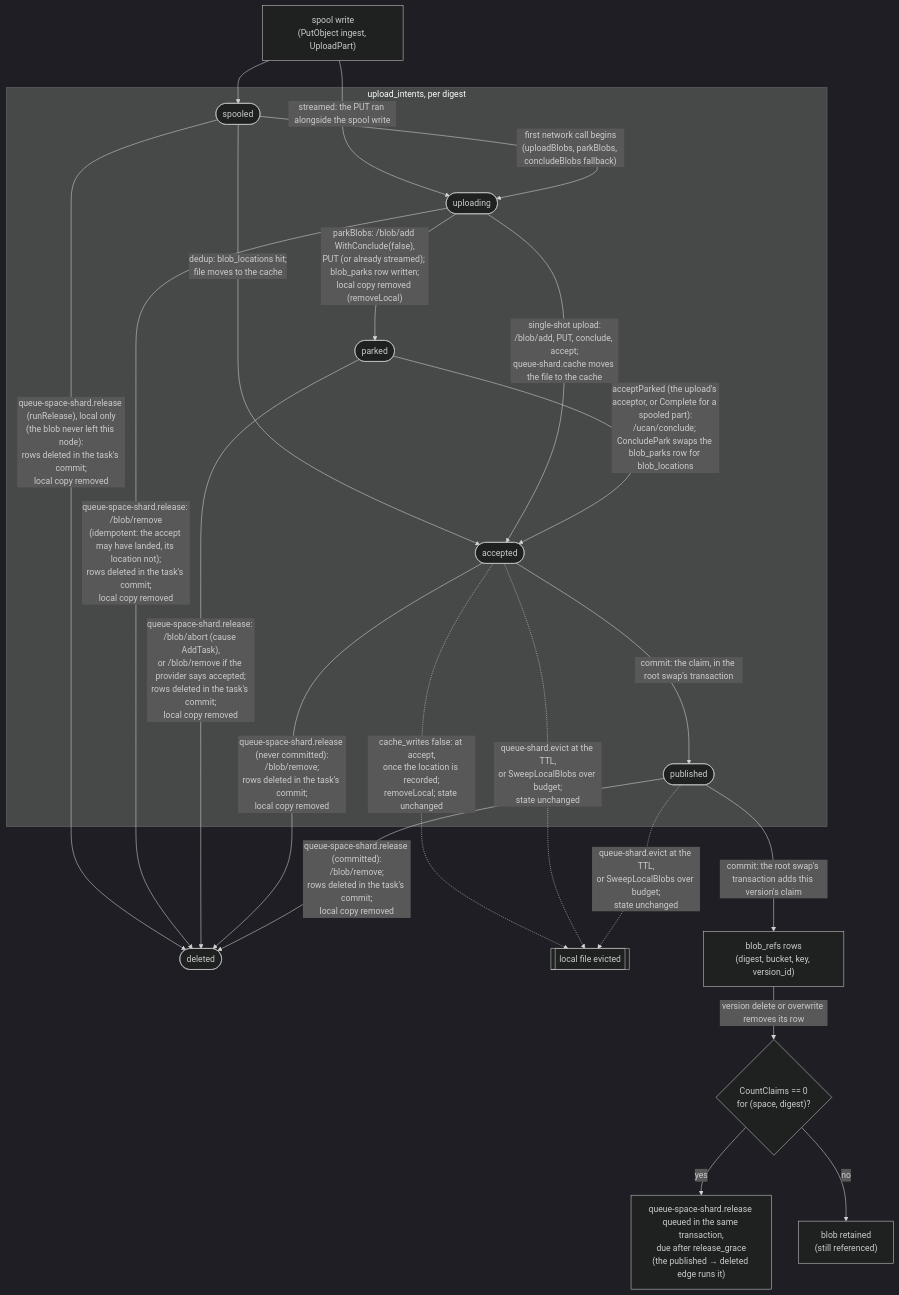
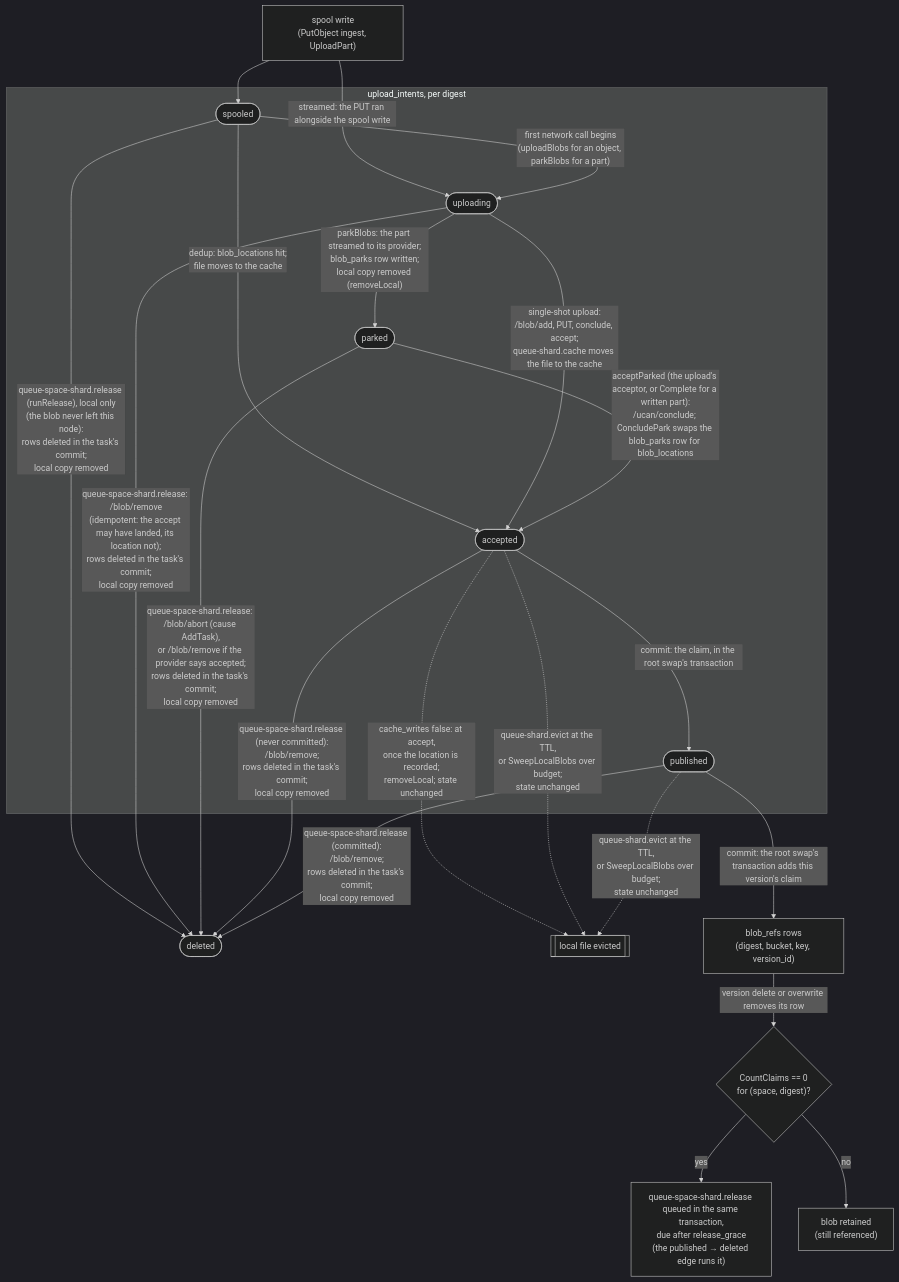
Before and after one commit to fil-forge/ingot: the ninth of 15 diagrams in docs/diagrams.md, drawn with Mermaid (dark theme). The commit also changed other lines of this file and 34 other files, not shown here.

First line of the commit message:
refactor: stream every part blob, drop multipart's spool fallbacks (#345)

````diff
--- a/docs/diagrams.md
+++ b/docs/diagrams.md
@@ -701,34 +702,34 @@
 ```mermaid
 flowchart TB
     W["spool write<br/>(PutObject ingest, UploadPart)"] --> spooled
     W -->|"streamed: the PUT ran alongside the spool write"| uploading
 
     subgraph intents["upload_intents, per digest"]
         spooled([spooled])
         uploading([uploading])
         parked([parked])
         accepted([accepted])
         published([published])
     end
 
     spooled -->|"dedup: blob_locations hit;<br/>file moves to the cache"| accepted
-    spooled -->|"first network call begins<br/>(uploadBlobs, parkBlobs, concludeBlobs fallback)"| uploading
+    spooled -->|"first network call begins<br/>(uploadBlobs for an object, parkBlobs for a part)"| uploading
     uploading -->|"single-shot upload:<br/>/blob/add, PUT, conclude, accept;<br/>queue-shard.cache moves the file to the cache"| accepted
-    uploading -->|"parkBlobs: /blob/add WithConclude(false),<br/>PUT (or already streamed); blob_parks row written;<br/>local copy removed (removeLocal)"| parked
-    parked -->|"acceptParked (the upload's acceptor, or Complete for a spooled part):<br/>/ucan/conclude; ConcludePark swaps the blob_parks row for blob_locations"| accepted
+    uploading -->|"parkBlobs: the part streamed to its provider;<br/>blob_parks row written;<br/>local copy removed (removeLocal)"| parked
+    parked -->|"acceptParked (the upload's acceptor, or Complete for a written part):<br/>/ucan/conclude; ConcludePark swaps the blob_parks row for blob_locations"| accepted
     spooled -->|"queue-space-shard.release (runRelease), local only<br/>(the blob never left this node):<br/>rows deleted in the task's commit;<br/>local copy removed"| gone([deleted])
     uploading -->|"queue-space-shard.release: /blob/remove<br/>(idempotent: the accept may have landed, its location not);<br/>rows deleted in the task's commit;<br/>local copy removed"| gone
     parked -->|"queue-space-shard.release: /blob/abort (cause AddTask),<br/>or /blob/remove if the provider says accepted;<br/>rows deleted in the task's commit;<br/>local copy removed"| gone
     accepted -->|"queue-space-shard.release (never committed):<br/>/blob/remove;<br/>rows deleted in the task's commit;<br/>local copy removed"| gone
     published -->|"queue-space-shard.release (committed):<br/>/blob/remove;<br/>rows deleted in the task's commit;<br/>local copy removed"| gone
 
     accepted -->|"commit: the claim, in the root swap's transaction"| published
 
     accepted -.->|"cache_writes false: at accept,<br/>once the location is recorded;<br/>removeLocal; state unchanged"| evicted[["local file evicted"]]
     accepted -.->|"queue-shard.evict at the TTL,<br/>or SweepLocalBlobs over budget;<br/>state unchanged"| evicted
     published -.->|"queue-shard.evict at the TTL,<br/>or SweepLocalBlobs over budget;<br/>state unchanged"| evicted
     published -->|"commit: the root swap's transaction adds this version's claim"| refs["blob_refs rows<br/>(digest, bucket, key, version_id)"]
     refs -->|"version delete or overwrite removes its row"| zero{"CountClaims == 0<br/>for (space, digest)?"}
     zero -->|yes| rel["queue-space-shard.release queued in the same transaction,<br/>due after release_grace<br/>(the published → deleted edge runs it)"]
     zero -->|no| keep["blob retained<br/>(still referenced)"]
 ```
````
